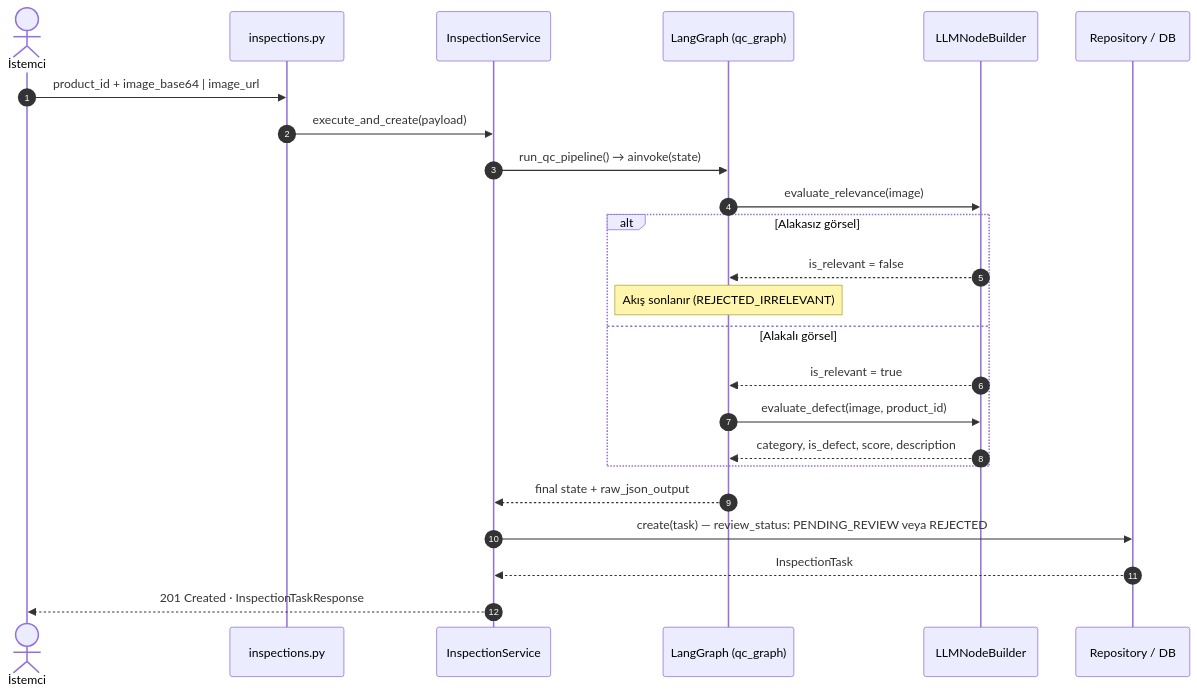
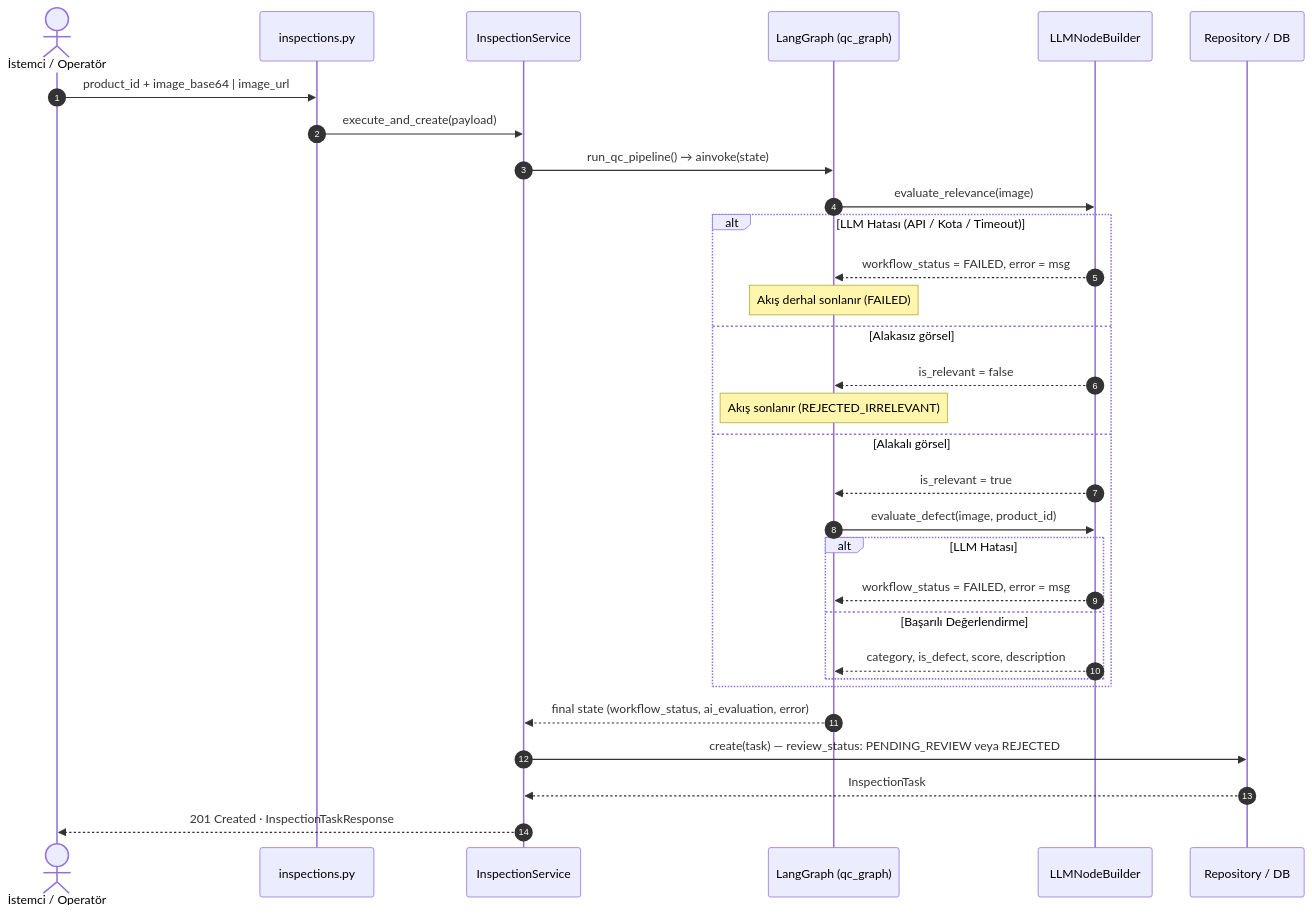
Before and after one commit to doukansurel/use-case-backend: the third of 3 diagrams in docs/TEKNIK_DOKUMAN.md, drawn with Mermaid. The commit also changed other lines of this file and 19 other files, not shown here.

Commit message:
fix(qc-pipeline): remove fallback, add retry & FAILED status, audit metadata, and cv roadmap

````diff
--- a/docs/TEKNIK_DOKUMAN.md
+++ b/docs/TEKNIK_DOKUMAN.md
@@ -82,27 +112,34 @@
 ```mermaid
 sequenceDiagram
     autonumber
-    actor U as İstemci
+    actor U as İstemci / Operatör
     participant API as inspections.py
     participant S as InspectionService
     participant G as LangGraph (qc_graph)
     participant L as LLMNodeBuilder
     participant R as Repository / DB
 
     U->>API: product_id + image_base64 | image_url
     API->>S: execute_and_create(payload)
     S->>G: run_qc_pipeline() → ainvoke(state)
     G->>L: evaluate_relevance(image)
-    alt Alakasız görsel
+    alt LLM Hatası (API / Kota / Timeout)
+        L-->>G: workflow_status = FAILED, error = msg
+        Note over G: Akış derhal sonlanır (FAILED)
+    else Alakasız görsel
         L-->>G: is_relevant = false
         Note over G: Akış sonlanır (REJECTED_IRRELEVANT)
     else Alakalı görsel
         L-->>G: is_relevant = true
         G->>L: evaluate_defect(image, product_id)
-        L-->>G: category, is_defect, score, description
+        alt LLM Hatası
+            L-->>G: workflow_status = FAILED, error = msg
+        else Başarılı Değerlendirme
+            L-->>G: category, is_defect, score, description
+        end
     end
-    G-->>S: final state + raw_json_output
+    G-->>S: final state (workflow_status, ai_evaluation, error)
     S->>R: create(task) — review_status: PENDING_REVIEW veya REJECTED
     R-->>S: InspectionTask
     S-->>U: 201 Created · InspectionTaskResponse
 ```
````
